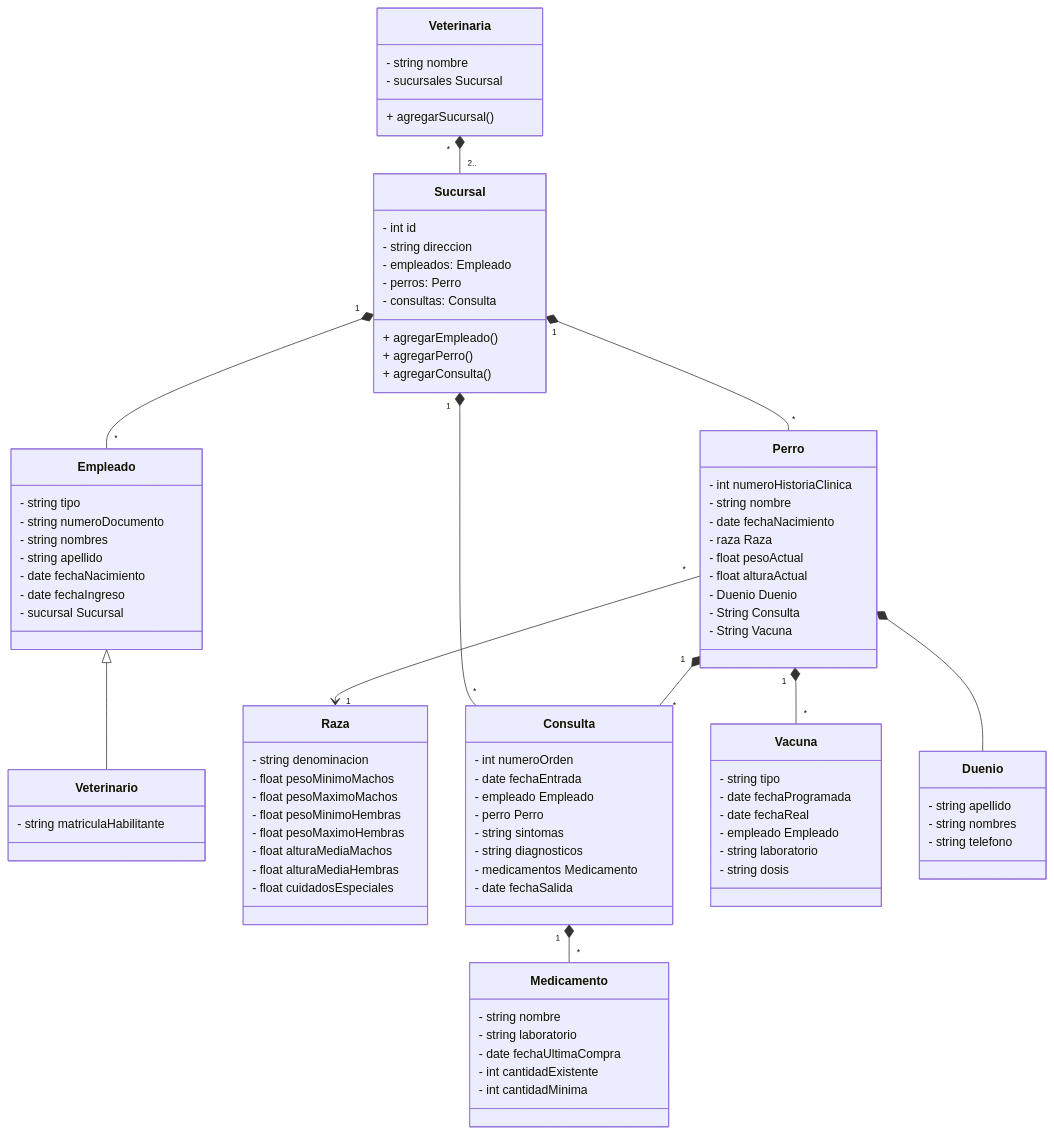
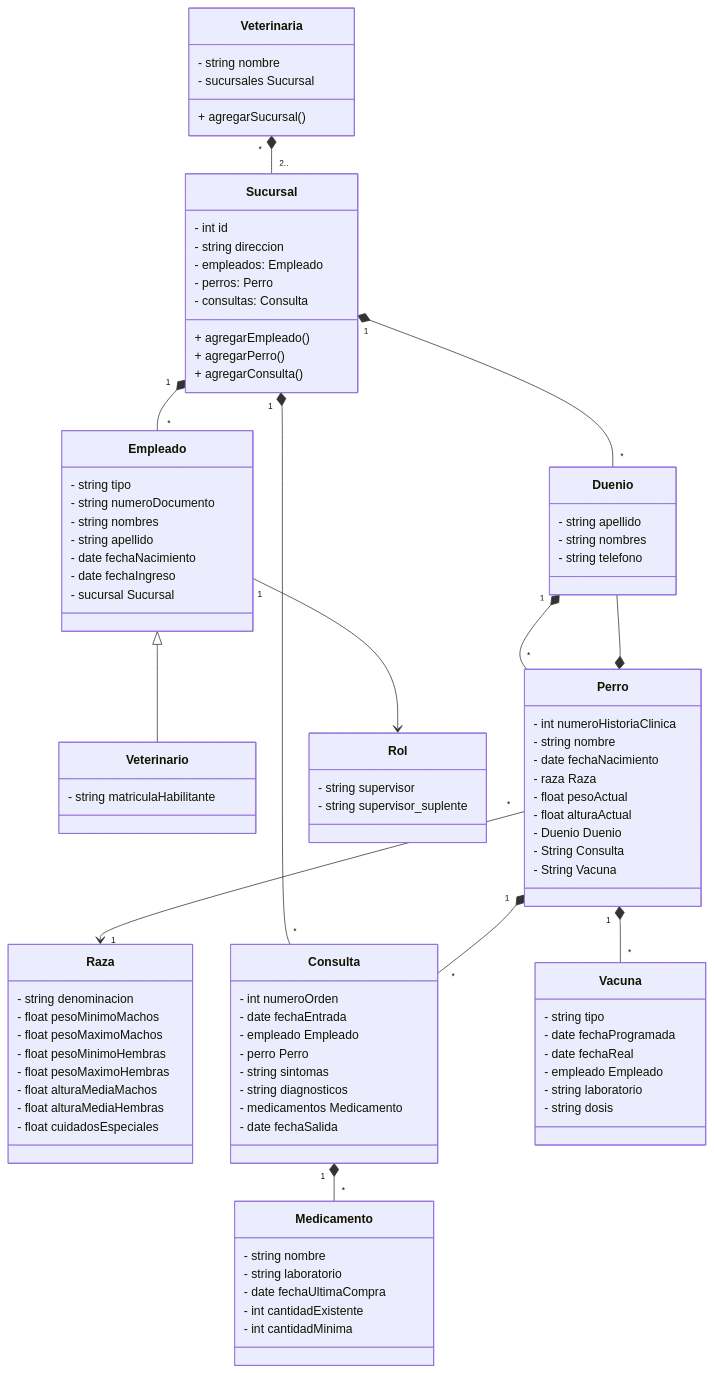
Before and after one commit to joacohlavach/ElSabuesoFeliz: the diagram in Docs/mmd_archivos/classDiagram.mmd, drawn with Mermaid.

Commit message:
diagrama de clases v2

```diff
--- a/Docs/mmd_archivos/classDiagram.mmd
+++ b/Docs/mmd_archivos/classDiagram.mmd
@@ -1,92 +1,99 @@
 classDiagram
 class Veterinaria {
   - string nombre
   - sucursales Sucursal
   + agregarSucursal()
 }
 class Sucursal {
   - int id
   - string direccion
   - empleados: Empleado
   - perros: Perro
   - consultas: Consulta
   + agregarEmpleado()
   + agregarPerro()
   + agregarConsulta()
 }
 class Empleado {
   - string tipo
   - string numeroDocumento
   - string nombres
   - string apellido
   - date fechaNacimiento
   - date fechaIngreso 
   - sucursal Sucursal
 }
 class Veterinario {
   - string matriculaHabilitante
 }
 class Perro {
   - int numeroHistoriaClinica
   - string nombre
   - date fechaNacimiento
   - raza Raza
   - float pesoActual
   - float alturaActual
   - Duenio Duenio
   - String Consulta
   - String Vacuna
 }
 class Raza {
   - string denominacion
   - float pesoMinimoMachos
   - float pesoMaximoMachos
   - float pesoMinimoHembras
   - float pesoMaximoHembras 
   - float alturaMediaMachos
   - float alturaMediaHembras
   - float cuidadosEspeciales
 }
 class Consulta {
   - int numeroOrden
   - date fechaEntrada
   - empleado Empleado
   - perro Perro
   - string sintomas
   - string diagnosticos
   - medicamentos Medicamento
   - date fechaSalida
 }
 class Vacuna {
   - string tipo
   - date fechaProgramada
   - date fechaReal
   - empleado Empleado
   - string laboratorio
   - string dosis
 }
 class Medicamento {
   - string nombre
   - string laboratorio
   - date fechaUltimaCompra
   - int cantidadExistente
   - int cantidadMinima
 }
 
 class Duenio {
   - string apellido
   - string nombres
   - string telefono
 }
+class Rol{
+  - string supervisor
+  - string supervisor_suplente
+
+}
 
 
 Veterinaria "*" *-- "2.." Sucursal
 Sucursal "1" *-- "*" Empleado
-Sucursal "1" *-- "*" Perro
+Sucursal "1" *-- "*" Duenio
 Sucursal "1" *-- "*" Consulta
 Empleado <|-- Veterinario
 Perro "1" *-- "*" Consulta
 Perro "1" *-- "*" Vacuna
 Perro *-- Duenio
 Consulta "1" *-- "*" Medicamento
 Perro "*" --> "1" Raza
+Duenio "1" *-- "*" Perro
+Empleado "1" --> Rol
```
